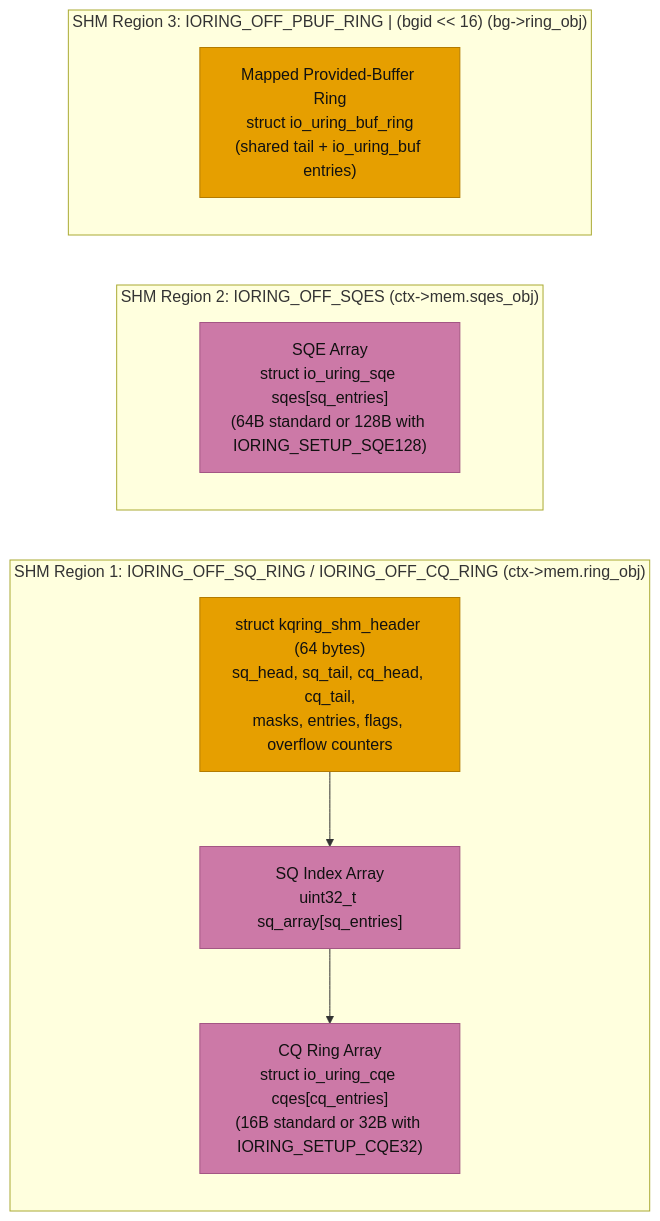
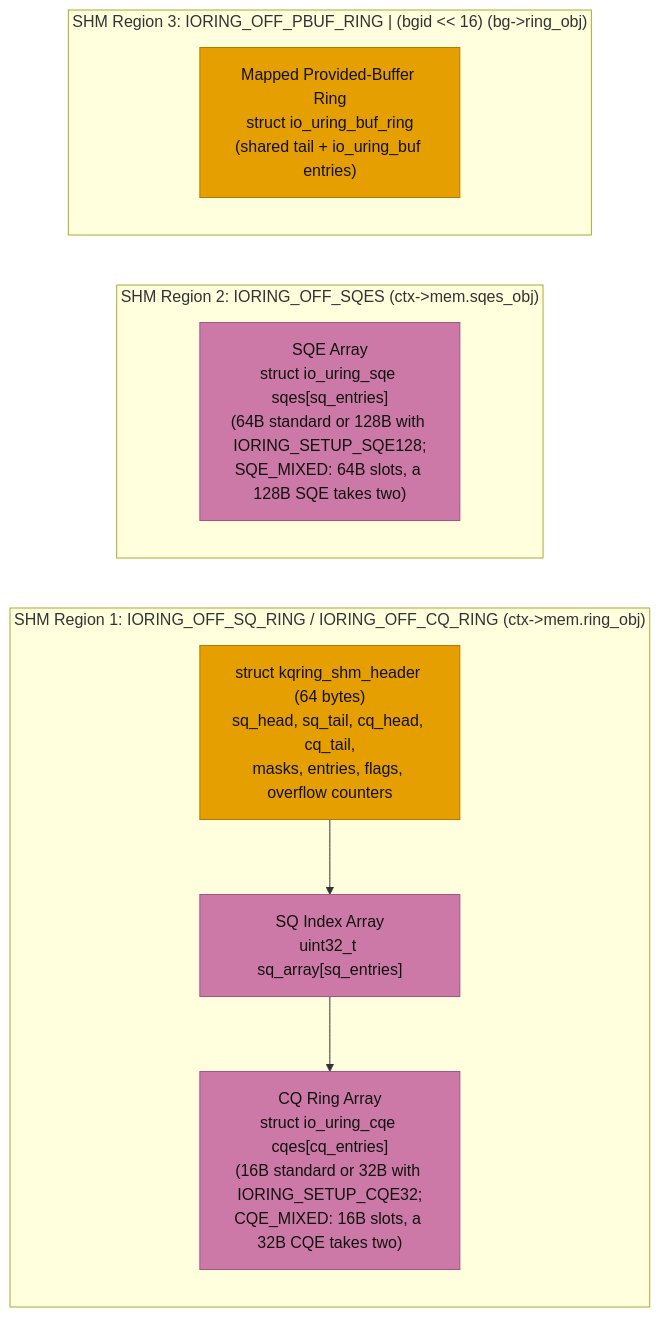
One commit to grepjava/kqring changed the second of 15 diagrams in ARCHITECTURE.MD. Above: the diagram before and after it, drawn with Mermaid. The commit also changed 13 other files, not shown here.

First line of the commit message:
Add mixed-size SQEs and CQEs and SQ_REWIND

````diff
--- a/ARCHITECTURE.MD
+++ b/ARCHITECTURE.MD
@@ -115,23 +115,23 @@
 ```mermaid
 flowchart LR
     subgraph SHM1["SHM Region 1: IORING_OFF_SQ_RING / IORING_OFF_CQ_RING (ctx->mem.ring_obj)"]
         direction TB
         H1["struct kqring_shm_header (64 bytes)<br/>sq_head, sq_tail, cq_head, cq_tail,<br/>masks, entries, flags, overflow counters"]
         SQA["SQ Index Array<br/>uint32_t sq_array[sq_entries]"]
-        CQA["CQ Ring Array<br/>struct io_uring_cqe cqes[cq_entries]<br/>(16B standard or 32B with IORING_SETUP_CQE32)"]
+        CQA["CQ Ring Array<br/>struct io_uring_cqe cqes[cq_entries]<br/>(16B standard or 32B with IORING_SETUP_CQE32;<br/>CQE_MIXED: 16B slots, a 32B CQE takes two)"]
         H1 --> SQA --> CQA
     end
 
     subgraph SHM2["SHM Region 2: IORING_OFF_SQES (ctx->mem.sqes_obj)"]
-        SQES["SQE Array<br/>struct io_uring_sqe sqes[sq_entries]<br/>(64B standard or 128B with IORING_SETUP_SQE128)"]
+        SQES["SQE Array<br/>struct io_uring_sqe sqes[sq_entries]<br/>(64B standard or 128B with IORING_SETUP_SQE128;<br/>SQE_MIXED: 64B slots, a 128B SQE takes two)"]
     end
 
     subgraph SHM3["SHM Region 3: IORING_OFF_PBUF_RING | (bgid << 16) (bg->ring_obj)"]
         PBUF["Mapped Provided-Buffer Ring<br/>struct io_uring_buf_ring<br/>(shared tail + io_uring_buf entries)"]
     end
 
     classDef mem fill:#e69f00,stroke:#b37b00,color:#111111
     classDef queue fill:#cc79a7,stroke:#a35684,color:#111111
     class H1,PBUF mem
     class SQA,CQA,SQES queue
 ```
````
